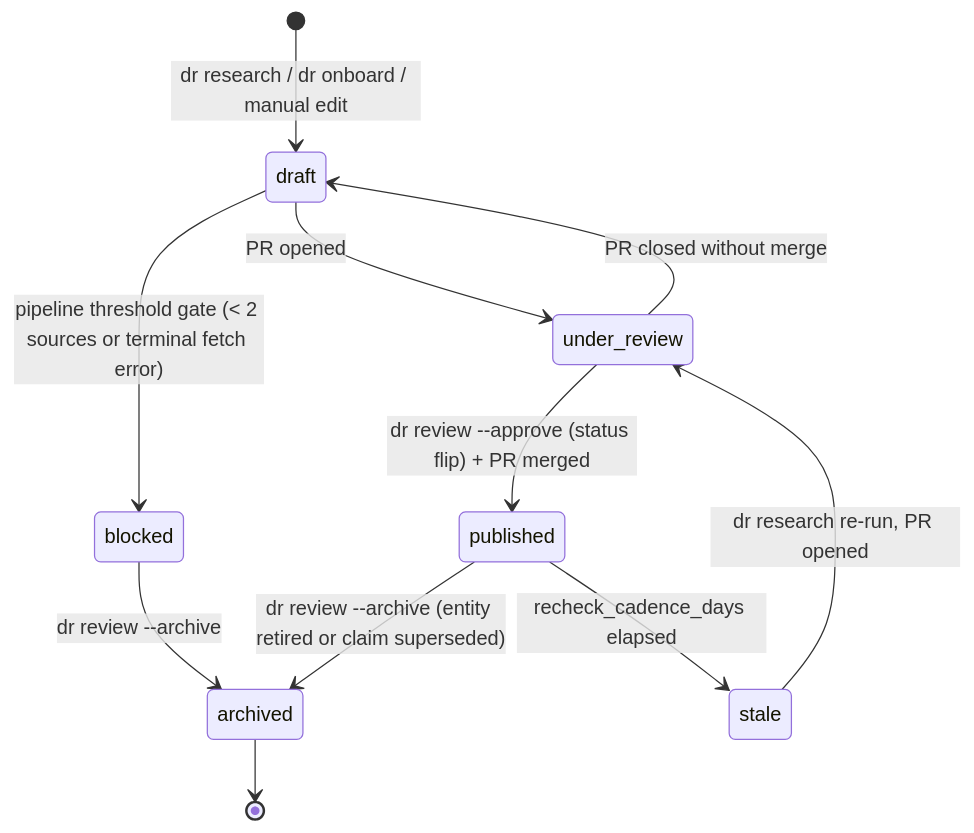
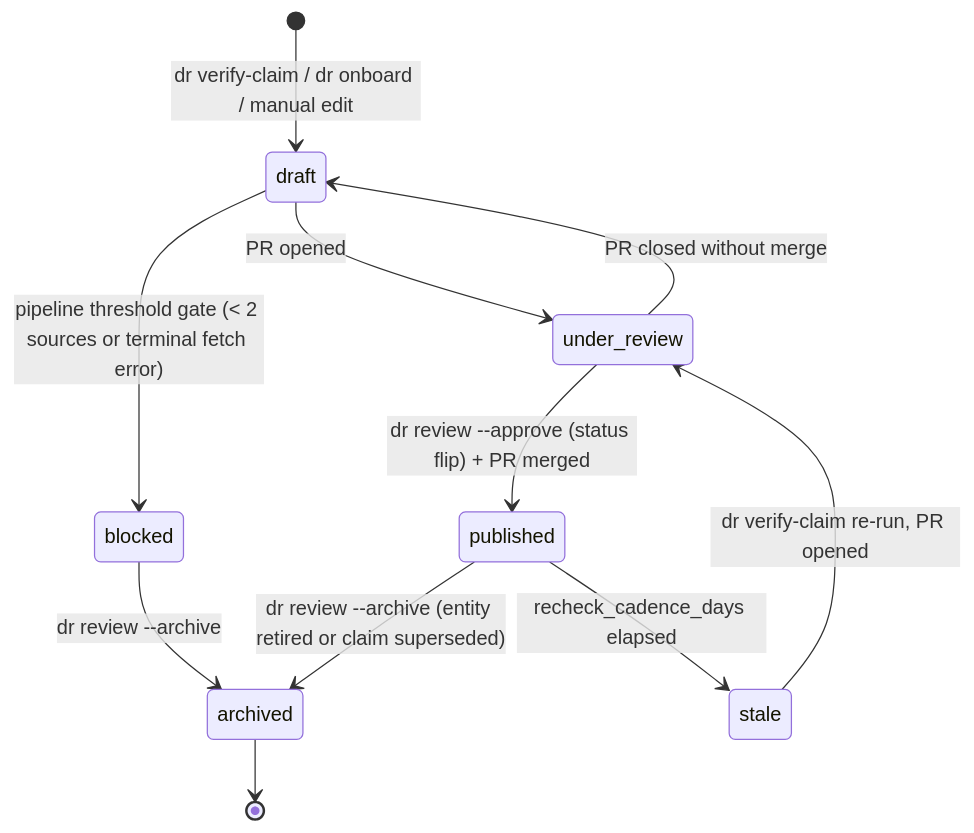
Before and after one commit to dangerous-robot/site: the first of 5 diagrams in docs/architecture/research-flow.md, drawn with Mermaid. The commit also changed other lines of this file and 20 other files, not shown here.

First line of the commit message:
docs(v1): vocabulary pass, roadmap updates, and content backfill

````diff
--- a/docs/architecture/research-flow.md
+++ b/docs/architecture/research-flow.md
@@ -19,13 +19,13 @@
 ```mermaid
 stateDiagram-v2
-    [*] --> draft: dr research / dr onboard / manual edit
+    [*] --> draft: dr verify-claim / dr onboard / manual edit
     draft --> blocked: pipeline threshold gate (< 2 sources or terminal fetch error)
     blocked --> archived: dr review --archive
     draft --> under_review: PR opened
     under_review --> draft: PR closed without merge
     under_review --> published: dr review --approve (status flip) + PR merged
     published --> stale: recheck_cadence_days elapsed
-    stale --> under_review: dr research re-run, PR opened
+    stale --> under_review: dr verify-claim re-run, PR opened
     published --> archived: dr review --archive (entity retired or claim superseded)
     archived --> [*]
 ```
````
